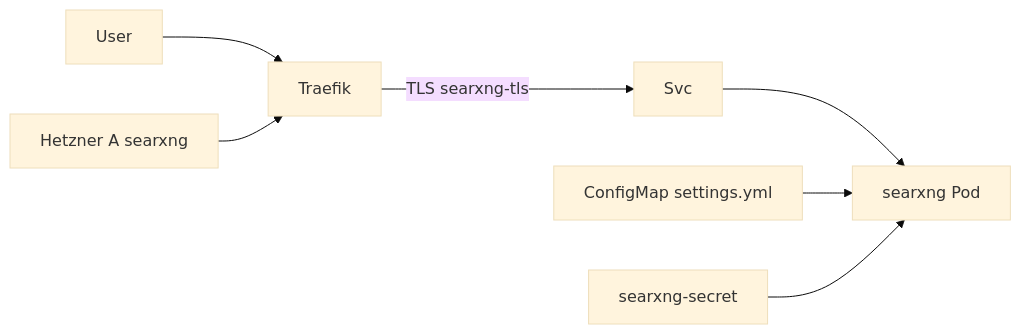
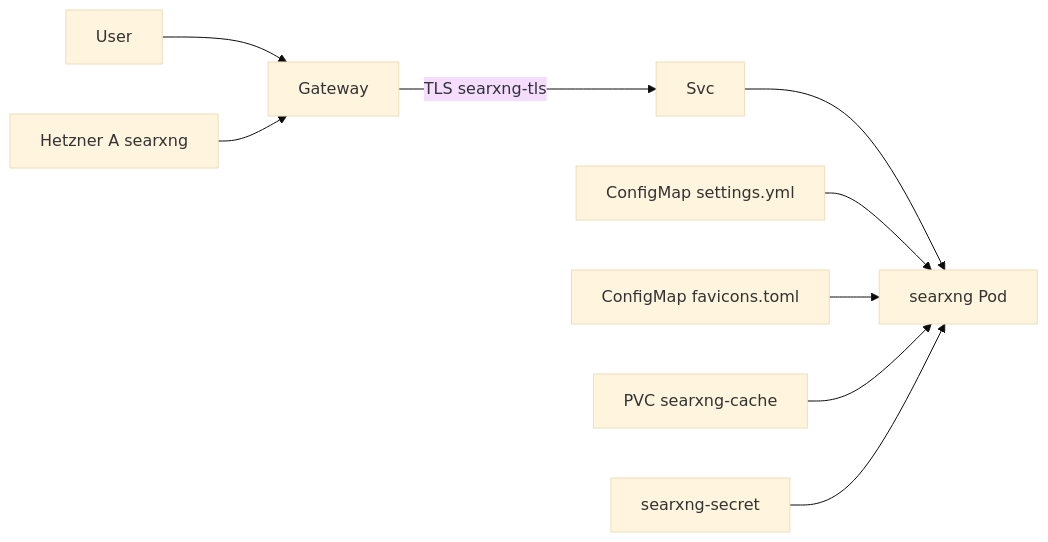
The diagram in docs/adr/0018-searxng.md (HenryHST/minilab), drawn with Mermaid (base theme) before and after one commit. The commit also changed other lines of this file and 5 other files, not shown here.

First line of the commit message:
fix(searxng): sync quality/UX config and PVC cache with GitOps

````diff
--- a/docs/adr/0018-searxng.md
+++ b/docs/adr/0018-searxng.md
@@ -19,9 +20,11 @@
 ```mermaid
 flowchart LR
-  User --> Traefik
-  Traefik -->|"TLS searxng-tls"| Svc
+  User --> Gateway
+  Gateway -->|"TLS searxng-tls"| Svc
   Svc --> Pod["searxng Pod"]
   CM["ConfigMap settings.yml"] --> Pod
+  Fav["ConfigMap favicons.toml"] --> Pod
+  PVC["PVC searxng-cache"] --> Pod
   Sec["searxng-secret"] --> Pod
-  DNS["Hetzner A searxng"] --> Traefik
+  DNS["Hetzner A searxng"] --> Gateway
 ```
````
